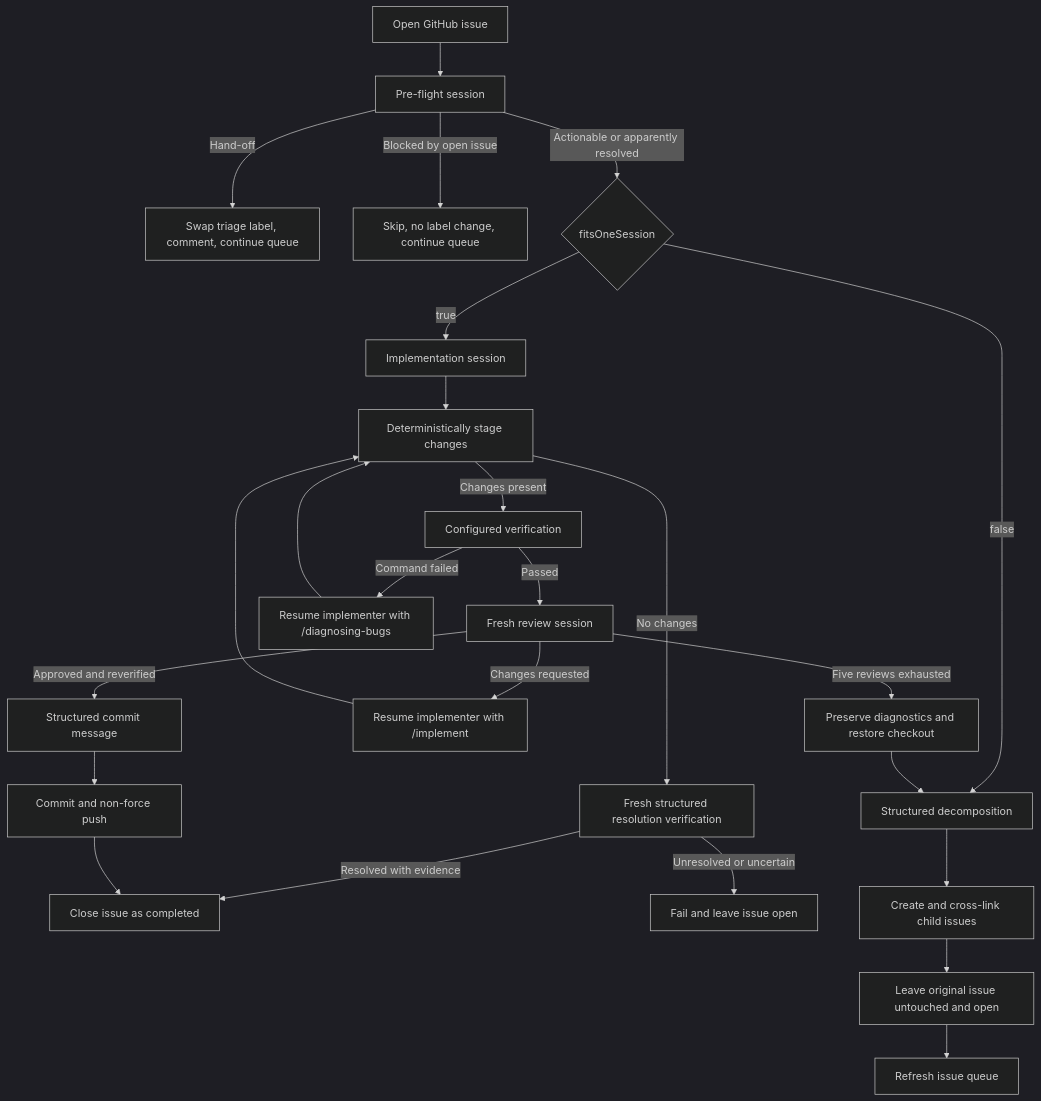
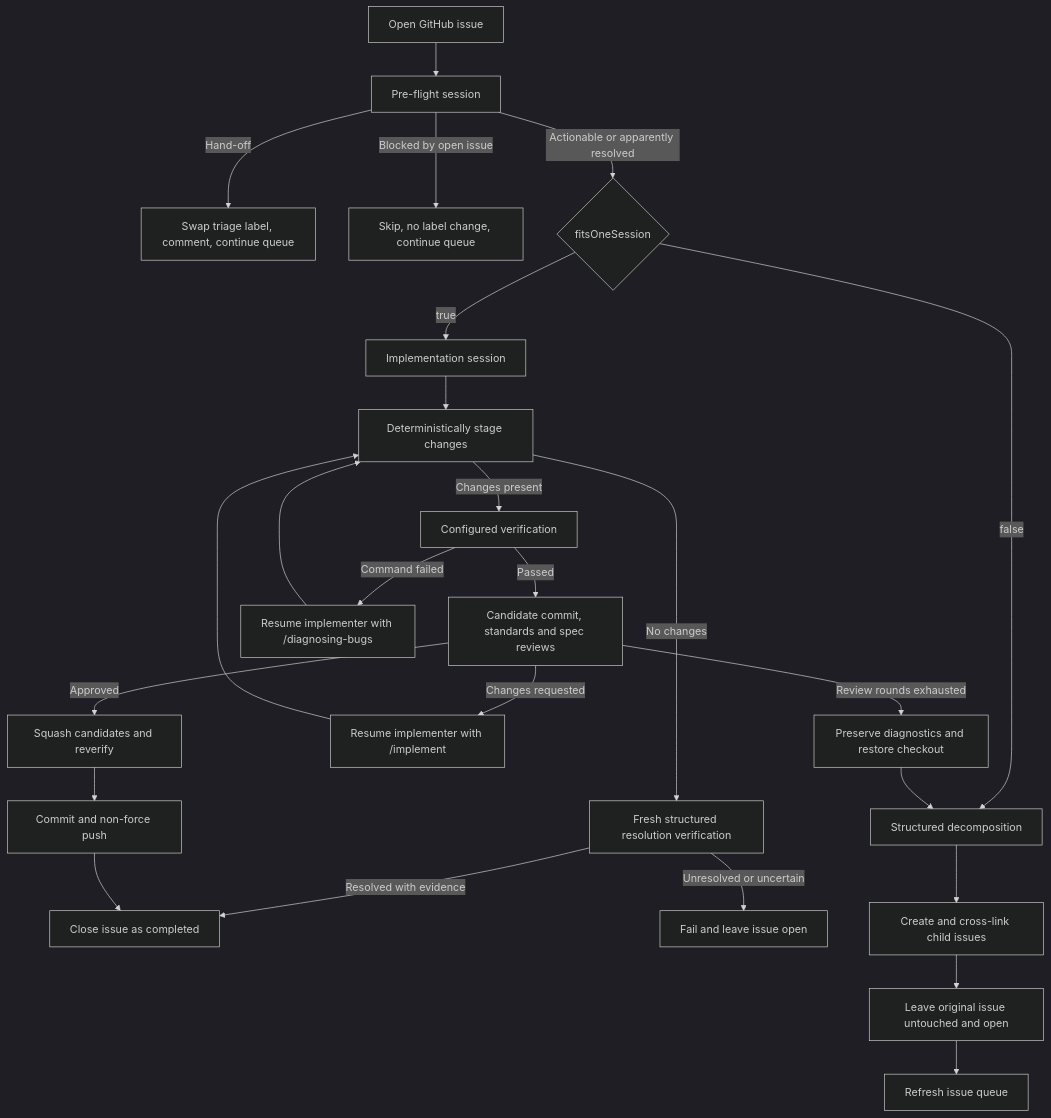
Before and after one commit to beremaran/ralphie: the first of 3 diagrams in docs/workflows.md, drawn with Mermaid (dark theme). The commit also changed other lines of this file and 11 other files, not shown here.

````diff
--- a/docs/workflows.md
+++ b/docs/workflows.md
@@ -67,27 +67,27 @@
 ```mermaid
 flowchart TD
     A[Open GitHub issue] --> Z[Pre-flight session]
     Z -->|Hand-off| Y[Swap triage label, comment, continue queue]
     Z -->|Blocked by open issue| W[Skip, no label change, continue queue]
     Z -->|Actionable or apparently resolved| B{fitsOneSession}
     B -->|true| C[Implementation session]
     C --> D[Deterministically stage changes]
     D -->|Changes present| V[Configured verification]
-    V -->|Passed| E[Fresh review session]
+    V -->|Passed| E[Candidate commit, standards and spec reviews]
     V -->|Command failed| R[Resume implementer with /diagnosing-bugs]
     R --> D
     D -->|No changes| N[Fresh structured resolution verification]
     N -->|Resolved with evidence| O[Close issue as completed]
     N -->|Unresolved or uncertain| P[Fail and leave issue open]
-    E -->|Approved and reverified| F[Structured commit message]
+    E -->|Approved| F[Squash candidates and reverify]
     E -->|Changes requested| G[Resume implementer with /implement]
     G --> D
-    E -->|Five reviews exhausted| H[Preserve diagnostics and restore checkout]
+    E -->|Review rounds exhausted| H[Preserve diagnostics and restore checkout]
     B -->|false| I[Structured decomposition]
     H --> I
     I --> J[Create and cross-link child issues]
     J --> K[Leave original issue untouched and open]
     K --> L[Refresh issue queue]
     F --> M[Commit and non-force push]
     M --> O
 ```
````
